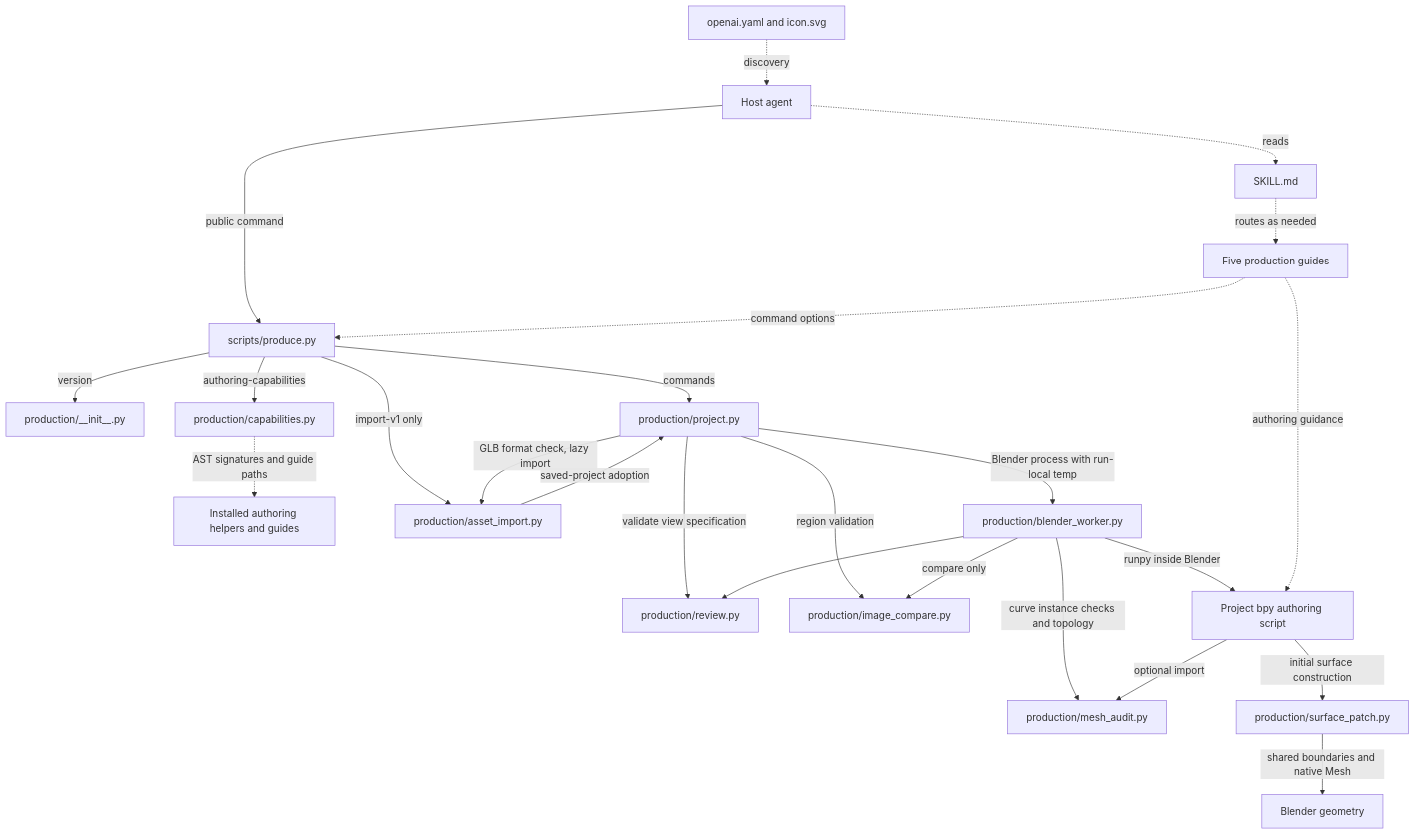
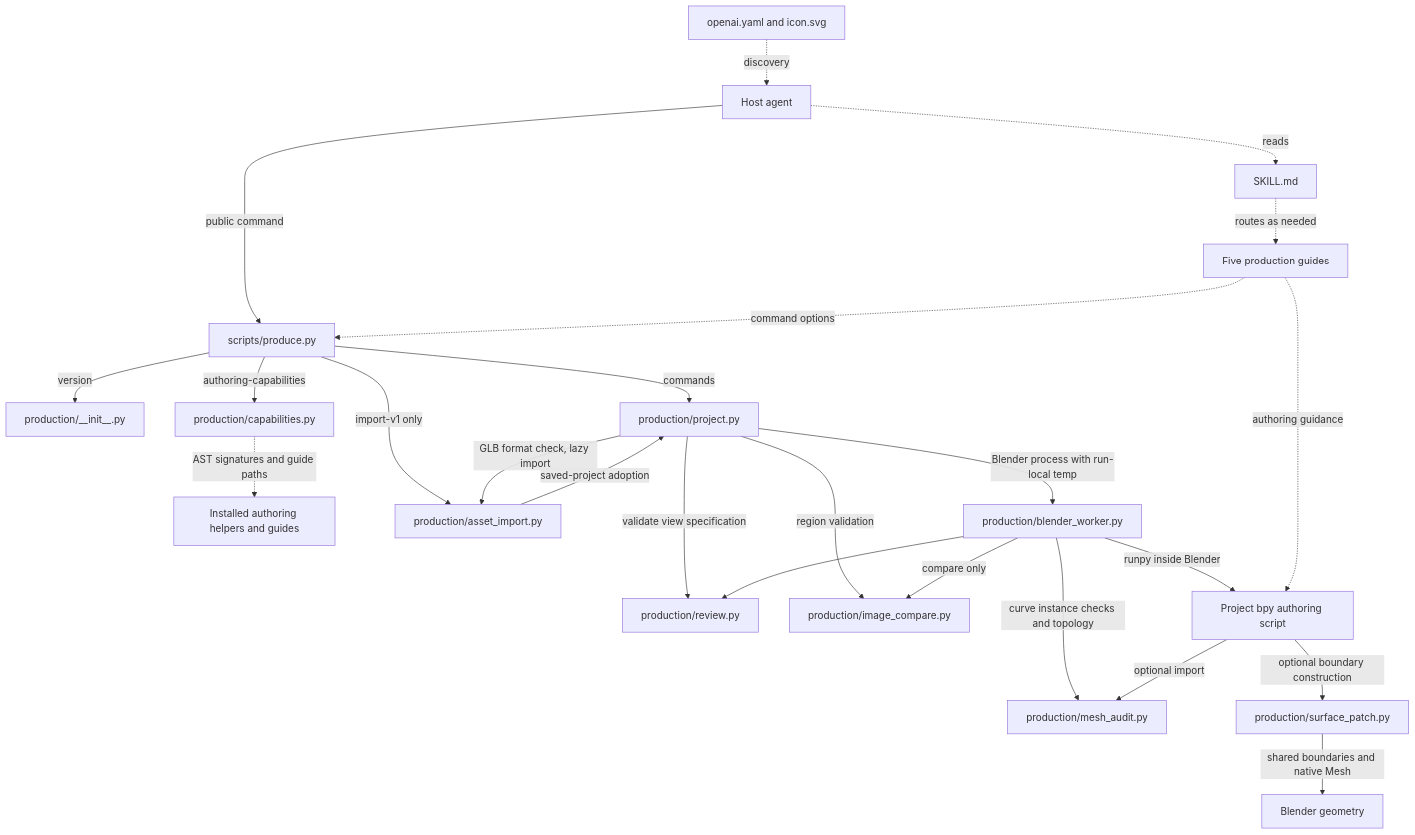
Before and after one commit to ictseoyoungmin/refas: the first of 3 diagrams in docs/development/refas-2-skill-map.md, drawn with Mermaid. The commit also changed other lines of this file and 14 other files, not shown here.

````diff
--- a/docs/development/refas-2-skill-map.md
+++ b/docs/development/refas-2-skill-map.md
@@ -22,28 +24,28 @@
 ```mermaid
 flowchart TD
     Discovery["openai.yaml and icon.svg"] -. "discovery" .-> Agent["Host agent"]
     Agent -. "reads" .-> Skill["SKILL.md"]
     Skill -. "routes as needed" .-> Guides["Five production guides"]
     Agent -- "public command" --> CLI["scripts/produce.py"]
     Guides -. "command options" .-> CLI
 
     CLI -- "version" --> Identity["production/__init__.py"]
     CLI -- "authoring-capabilities" --> Catalogue["production/capabilities.py"]
     Catalogue -. "AST signatures and guide paths" .-> Helpers["Installed authoring helpers and guides"]
     CLI -- "commands" --> Project["production/project.py"]
     CLI -- "import-v1 only" --> Import["production/asset_import.py"]
     Project -- "GLB format check, lazy import" --> Import
     Import -- "saved-project adoption" --> Project
 
     Project -- "validate view specification" --> Review["production/review.py"]
     Project -- "Blender process with run-local temp" --> Worker["production/blender_worker.py"]
     Worker --> Review
     Project -- "region validation" --> Comparison["production/image_compare.py"]
     Worker -- "compare only" --> Comparison
     Worker -- "curve instance checks and topology" --> Audit["production/mesh_audit.py"]
     Worker -- "runpy inside Blender" --> Script["Project bpy authoring script"]
     Guides -. "authoring guidance" .-> Script
     Script -- "optional import" --> Audit
-    Script -- "initial surface construction" --> Patch["production/surface_patch.py"]
+    Script -- "optional boundary construction" --> Patch["production/surface_patch.py"]
     Patch -- "shared boundaries and native Mesh" --> Geometry["Blender geometry"]
 ```
````
